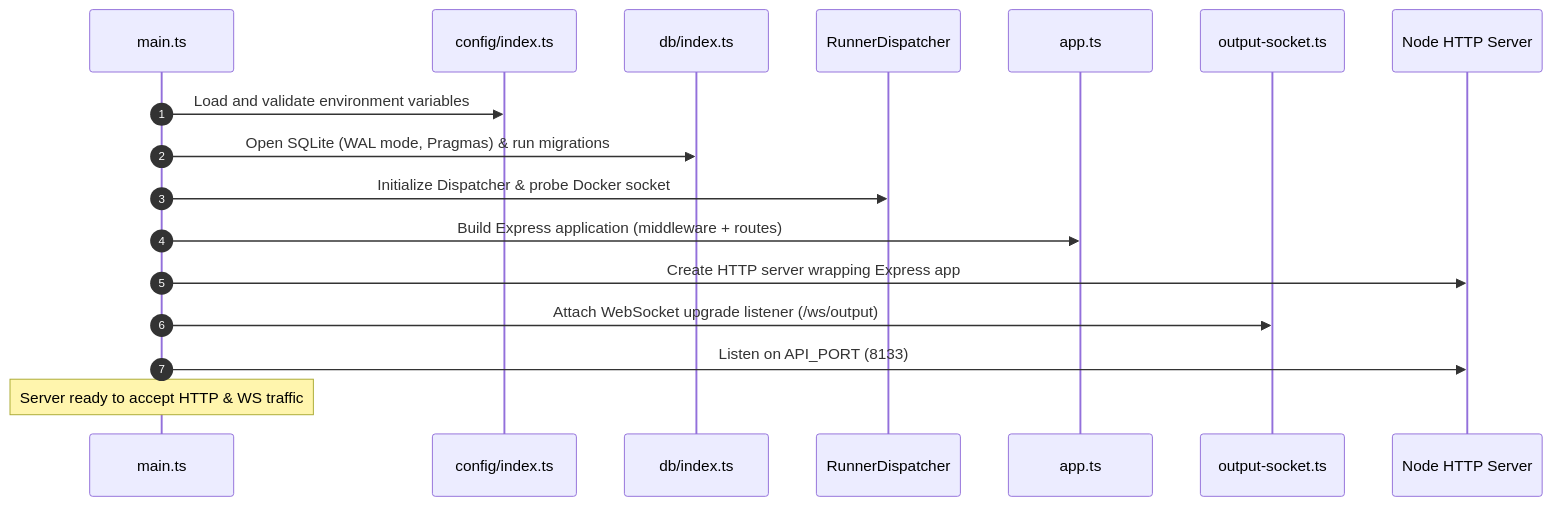
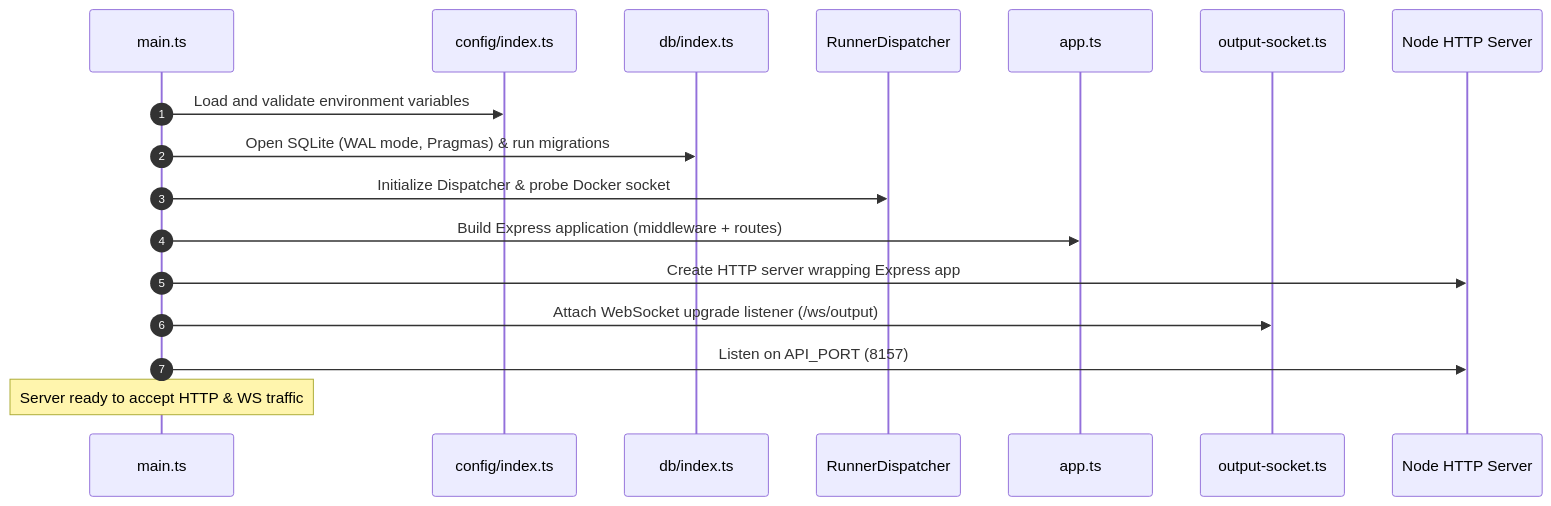
The first of 3 diagrams in docs/01_design/03_backend_and_api_design.md (abbasalasadi/checkpoints), drawn with Mermaid before and after one commit. The commit also changed 6 other files, not shown here.

````diff
--- a/docs/01_design/03_backend_and_api_design.md
+++ b/docs/01_design/03_backend_and_api_design.md
@@ -11,20 +11,20 @@
 ```mermaid
 sequenceDiagram
     autonumber
     participant Main as main.ts
     participant Config as config/index.ts
     participant DB as db/index.ts
     participant Runner as RunnerDispatcher
     participant Express as app.ts
     participant WS as output-socket.ts
     participant HTTP as Node HTTP Server
 
     Main->>Config: Load and validate environment variables
     Main->>DB: Open SQLite (WAL mode, Pragmas) & run migrations
     Main->>Runner: Initialize Dispatcher & probe Docker socket
     Main->>Express: Build Express application (middleware + routes)
     Main->>HTTP: Create HTTP server wrapping Express app
     Main->>WS: Attach WebSocket upgrade listener (/ws/output)
-    Main->>HTTP: Listen on API_PORT (8133)
+    Main->>HTTP: Listen on API_PORT (8157)
     Note over Main: Server ready to accept HTTP & WS traffic
 ```
````
